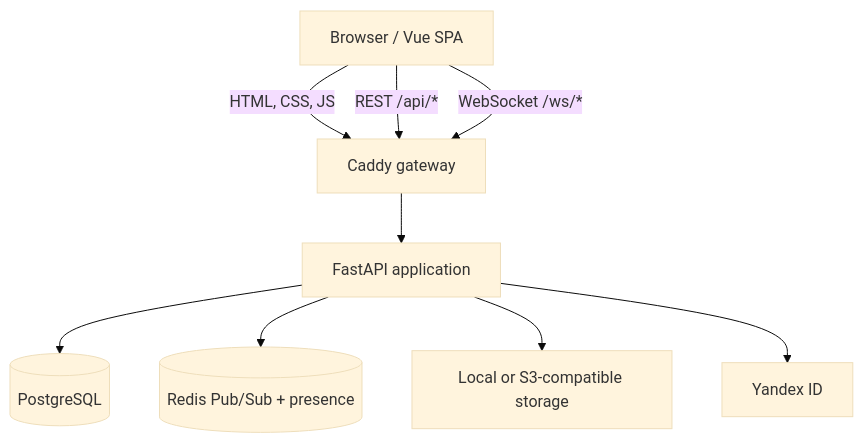
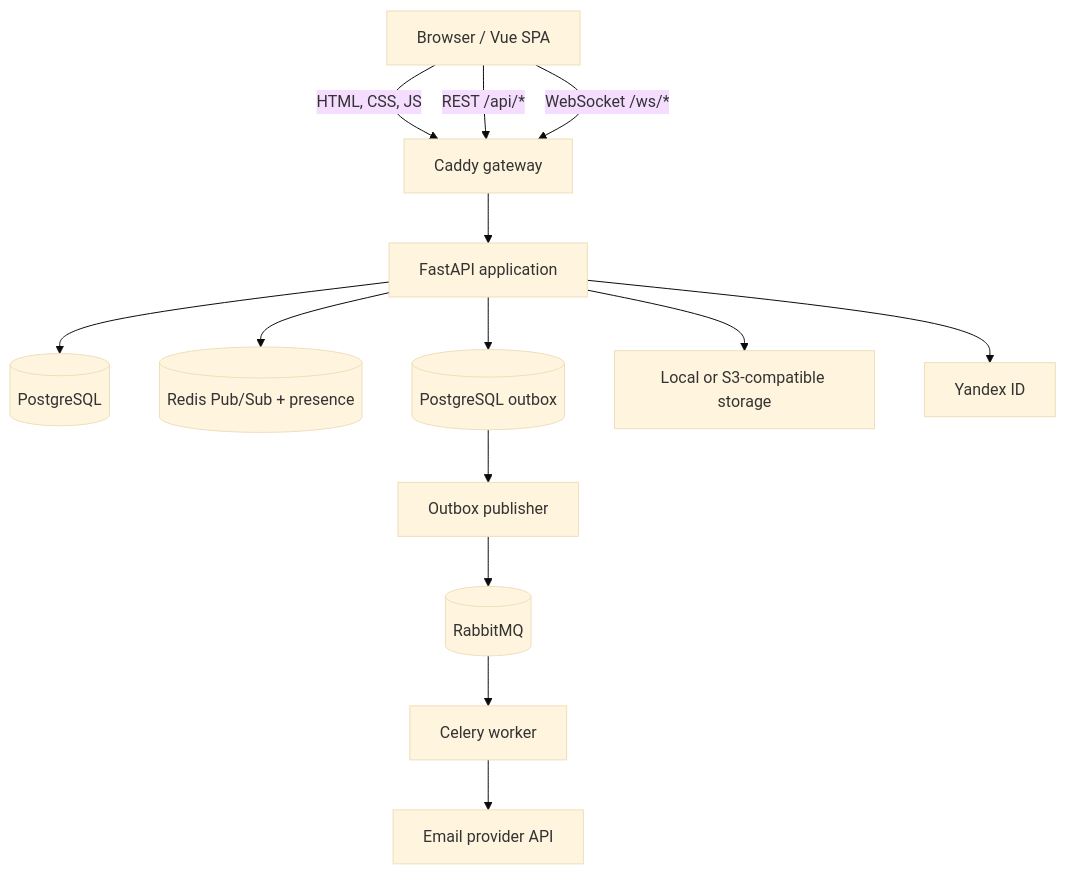
The first of 3 diagrams in docs/architecture.md (Ilm1n/Kantano), drawn with Mermaid (base theme) before and after one commit. The commit also changed other lines of this file and 7 other files, not shown here.

````diff
--- a/docs/architecture.md
+++ b/docs/architecture.md
@@ -6,19 +7,26 @@
 ```mermaid
 flowchart TD
     client["Browser / Vue SPA"]
     gateway["Caddy gateway"]
     api["FastAPI application"]
     postgres[("PostgreSQL")]
     redis[("Redis Pub/Sub + presence")]
+    outbox[("PostgreSQL outbox")]
+    publisher["Outbox publisher"]
+    rabbit[("RabbitMQ")]
+    worker["Celery worker"]
+    email["Email provider API"]
     files["Local or S3-compatible storage"]
     oauth["Yandex ID"]
 
     client -->|"HTML, CSS, JS"| gateway
     client -->|"REST /api/*"| gateway
     client -->|"WebSocket /ws/*"| gateway
     gateway --> api
     api --> postgres
     api --> redis
     api --> files
     api --> oauth
+    api --> outbox
+    outbox --> publisher --> rabbit --> worker --> email
 ```
````
